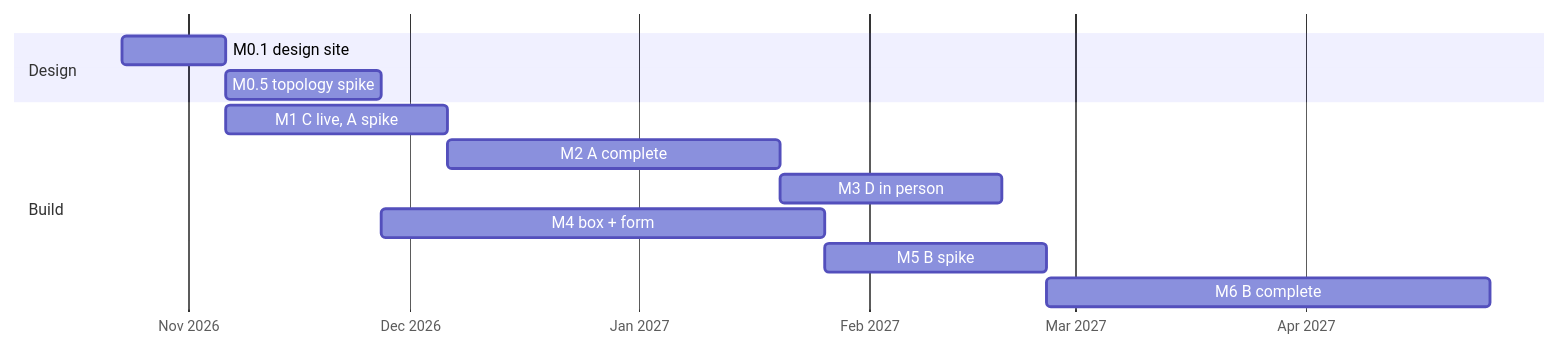
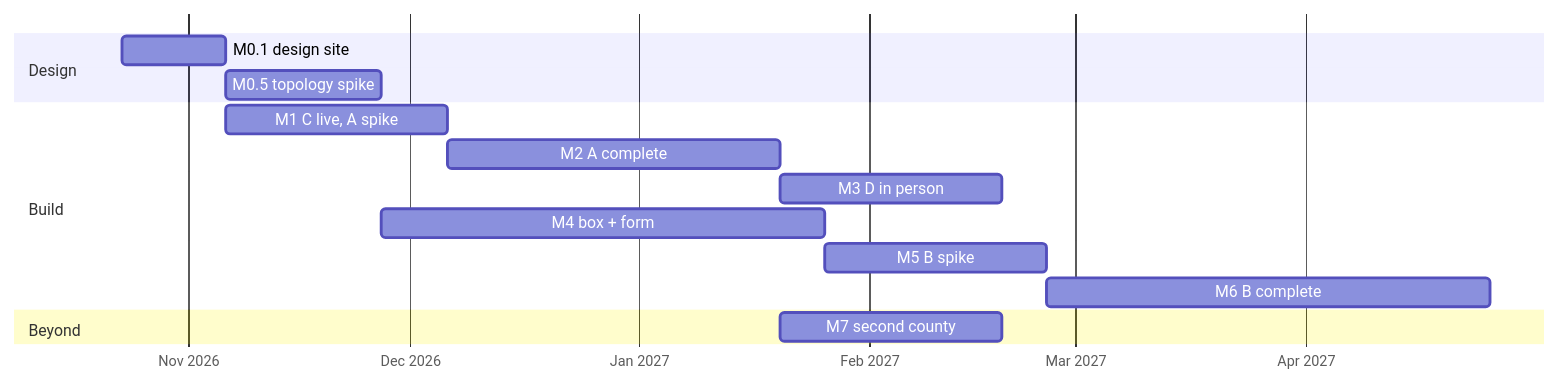
One commit to SiliconSaga/costs changed the diagram in docs/plan/milestones.md. Above: the diagram before and after it, drawn with Mermaid. The commit also changed other lines of this file and 16 other files, not shown here.

First line of the commit message:
docs: tighten the privacy claims and the data-flow story after review

````diff
--- a/docs/plan/milestones.md
+++ b/docs/plan/milestones.md
@@ -16,15 +16,17 @@
 ```mermaid
 gantt
     dateFormat YYYY-MM-DD
     axisFormat %b %Y
     section Design
     M0.1 design site      :m01, 2026-10-23, 14d
     M0.5 topology spike   :m05, after m01, 21d
     section Build
     M1 C live, A spike    :m1, after m01, 30d
     M2 A complete         :m2, after m1, 45d
     M3 D in person        :m3, after m2, 30d
     M4 box + form         :m4, after m05, 60d
     M5 B spike            :m5, after m4, 30d
     M6 B complete         :m6, after m5, 60d
+    section Beyond
+    M7 second county      :m7, after m2, 30d
 ```
````
